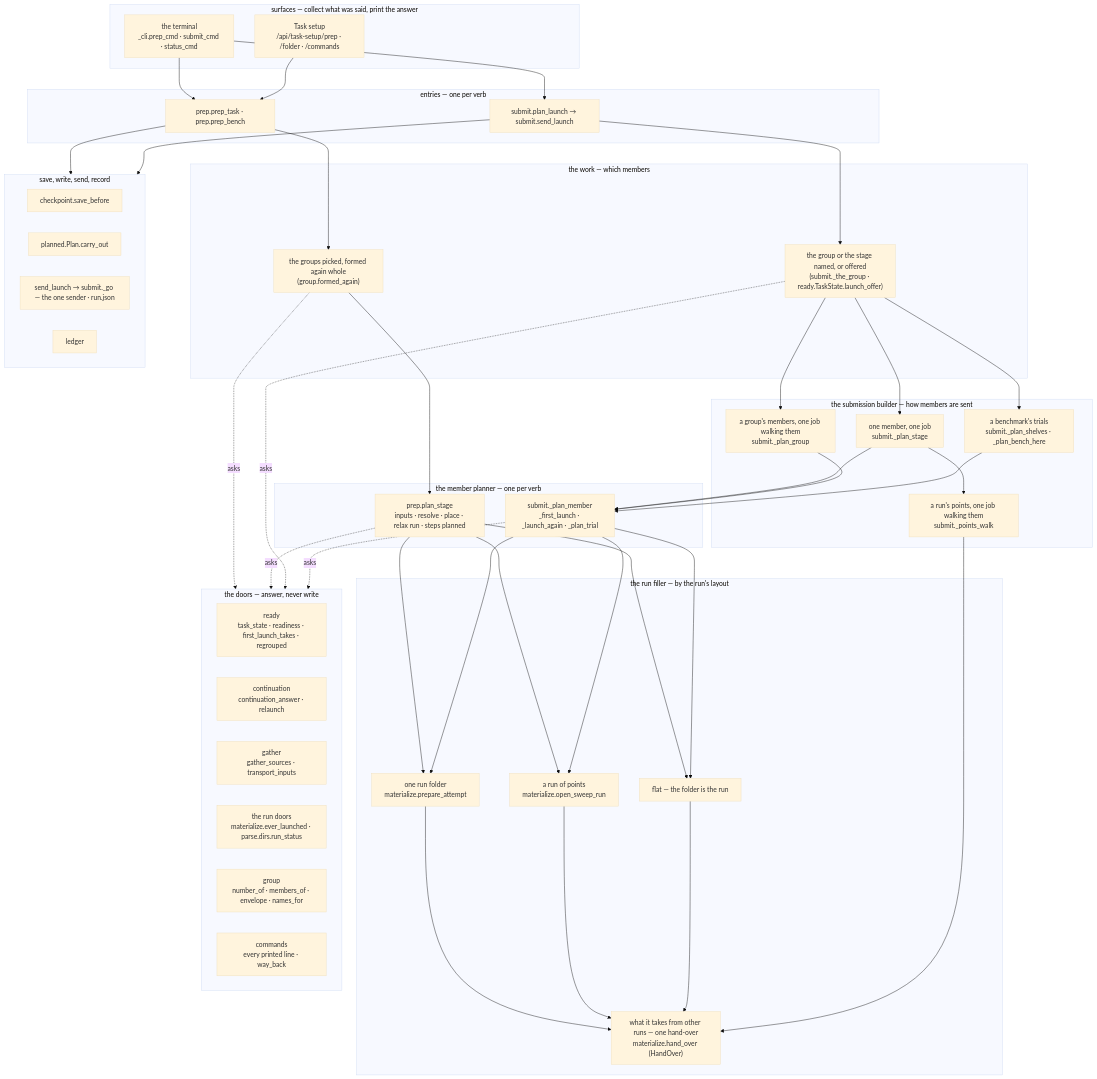
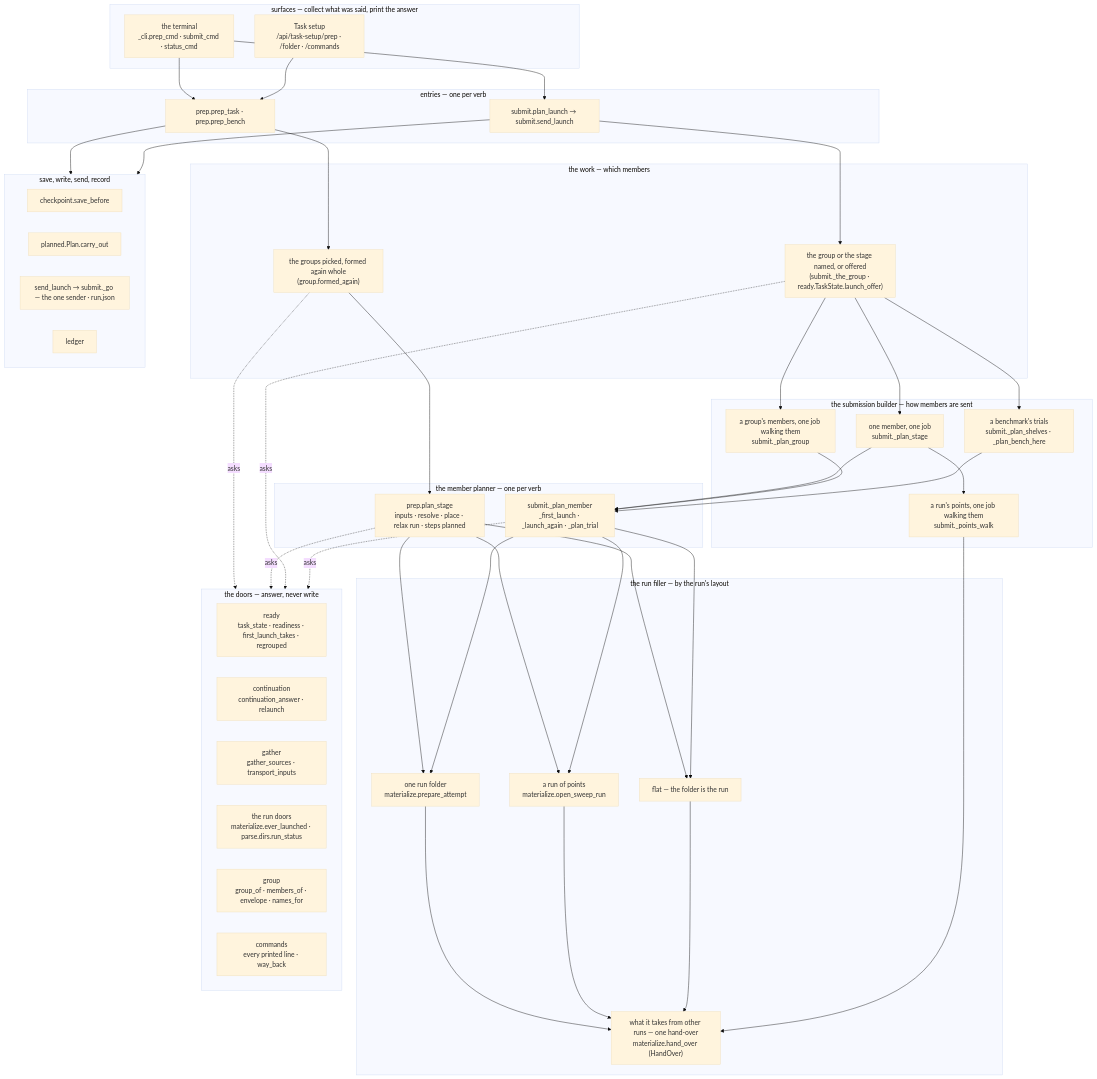
Before and after one commit to Qing-LAB/molbuilder: diagram 17 of 19 in docs/execution/job-system.md, drawn with Mermaid (base theme). The commit also changed other lines of this file and 41 other files, not shown here.

````diff
--- a/docs/execution/job-system.md
+++ b/docs/execution/job-system.md
@@ -3284,59 +3285,59 @@
 ```mermaid
 flowchart TB
     subgraph S["surfaces — collect what was said, print the answer"]
         CLI["the terminal<br/>_cli.prep_cmd · submit_cmd · status_cmd"]
         WEB["Task setup<br/>/api/task-setup/prep · /folder · /commands"]
     end
     subgraph E["entries — one per verb"]
         PE["prep.prep_task · prep.prep_bench"]
         LE["submit.plan_launch → submit.send_launch"]
     end
     subgraph W["the work — which members"]
         PW["the groups picked, formed again whole<br/>(group.formed_again)"]
         LW["the group or the stage named, or offered<br/>(submit._the_group · ready.TaskState.launch_offer)"]
     end
     subgraph M["the member planner — one per verb"]
         PM["prep.plan_stage<br/>inputs · resolve · place · relax run · steps planned"]
         LM["submit._plan_member<br/>_first_launch · _launch_again · _plan_trial"]
     end
     subgraph F["the run filler — by the run's layout"]
         F1["one run folder<br/>materialize.prepare_attempt"]
         F2["a run of points<br/>materialize.open_sweep_run"]
         F0["flat — the folder is the run"]
         F3["what it takes from other runs — one hand-over<br/>materialize.hand_over (HandOver)"]
     end
     subgraph B["the submission builder — how members are sent"]
         B1["one member, one job<br/>submit._plan_stage"]
         B2["a group's members, one job walking them<br/>submit._plan_group"]
         B3["a run's points, one job walking them<br/>submit._points_walk"]
         B4["a benchmark's trials<br/>submit._plan_shelves · _plan_bench_here"]
     end
     subgraph X["save, write, send, record"]
         SV["checkpoint.save_before"]
         PL["planned.Plan.carry_out"]
         GO["send_launch → submit._go — the one sender · run.json"]
         LG["ledger"]
     end
     subgraph D["the doors — answer, never write"]
         RD["ready<br/>task_state · readiness · first_launch_takes · regrouped"]
         CD["continuation<br/>continuation_answer · relaunch"]
         GD["gather<br/>gather_sources · transport_inputs"]
         RU["the run doors<br/>materialize.ever_launched · parse.dirs.run_status"]
-        GR["group<br/>number_of · members_of · envelope · names_for"]
+        GR["group<br/>group_of · members_of · envelope · names_for"]
         CM["commands<br/>every printed line · way_back"]
     end
     CLI --> PE & LE
     WEB --> PE
     PE --> PW --> PM --> F1 & F2 & F0
     LE --> LW --> B1 & B2 & B4
     B1 & B2 & B4 --> LM --> F1 & F2 & F0
     F1 & F2 & F0 --> F3
     B1 --> B3
     B3 --> F3
     PE --> X
     LE --> X
     PW -.asks.-> D
     PM -.asks.-> D
     LW -.asks.-> D
     LM -.asks.-> D
 ```
````
